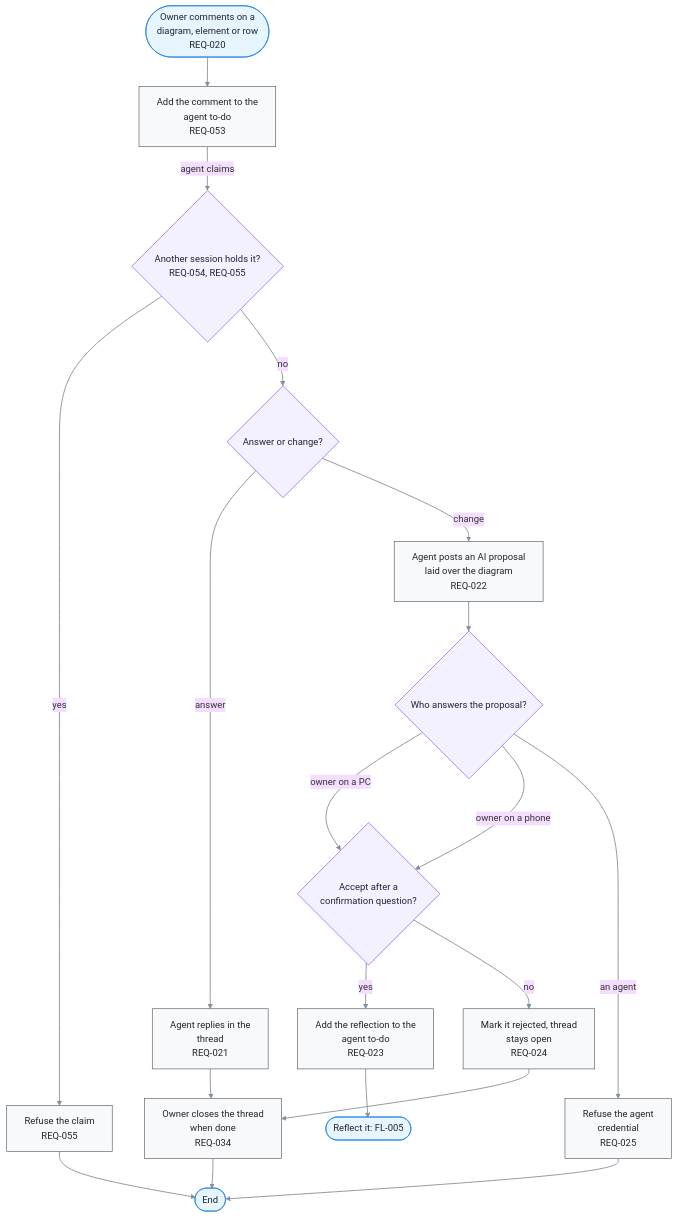
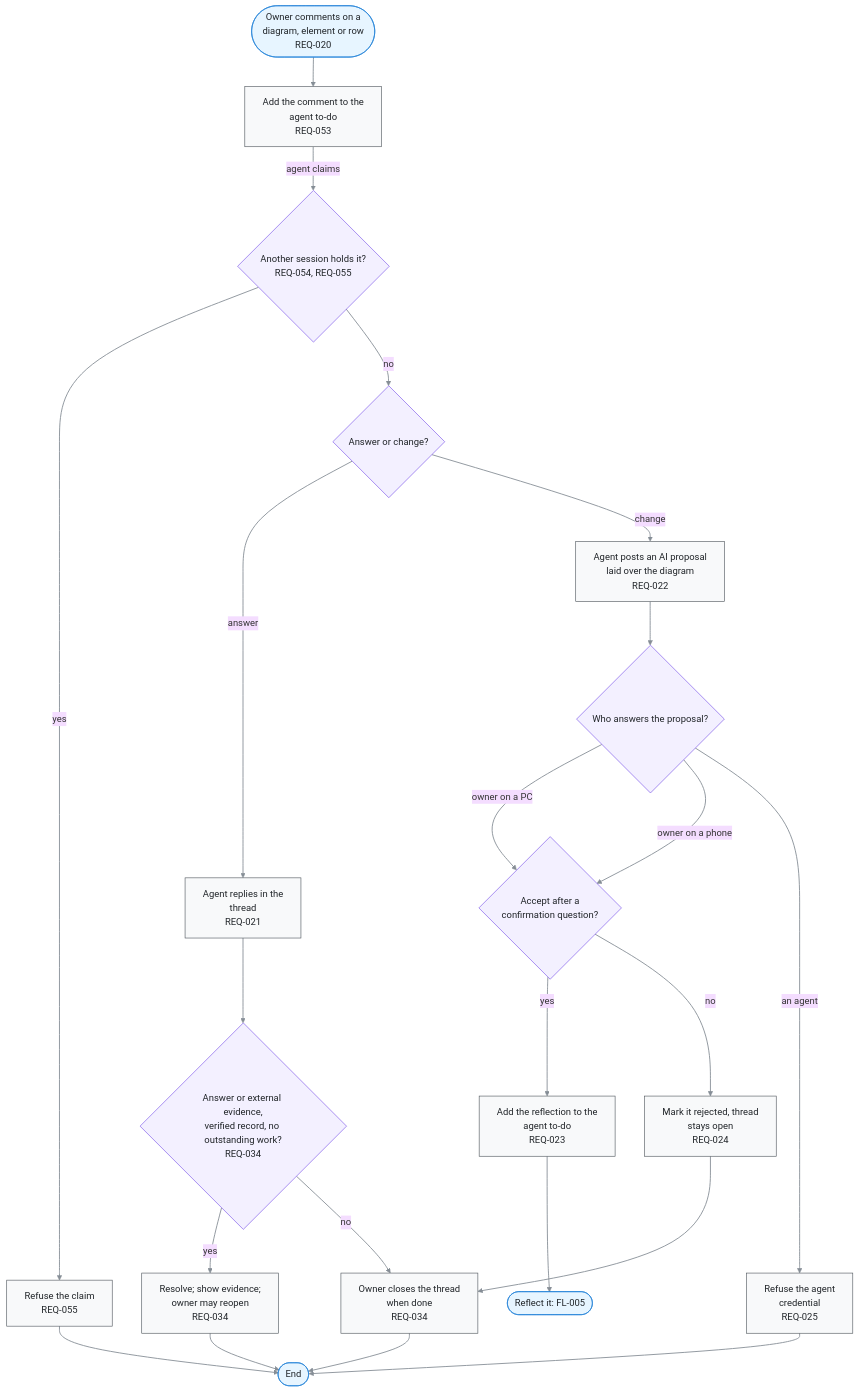
Before and after one commit to kodonghui/corthex-nexus: the diagram in docs/03-user-flow/FL-003-comment-and-answer-an-ai-proposal.md, drawn with Mermaid (base theme). The commit also changed other lines of this file and 52 other files, not shown here.

First line of the commit message:
Resolve conversations with external owner answers (#177)

````diff
--- a/docs/03-user-flow/FL-003-comment-and-answer-an-ai-proposal.md
+++ b/docs/03-user-flow/FL-003-comment-and-answer-an-ai-proposal.md
@@ -9,46 +9,52 @@
 ```mermaid
 flowchart TD
   A(["Owner comments on a<br/>diagram, element or row<br/>REQ-020"])
   B["Add the comment to the<br/>agent to-do<br/>REQ-053"]
   C{"Another session holds it?<br/>REQ-054, REQ-055"}
   D{"Answer or change?"}
   E["Agent replies in the<br/>thread<br/>REQ-021"]
   F["Agent posts an AI proposal<br/>laid over the diagram<br/>REQ-022"]
   G{"Who answers the proposal?"}
   H{"Accept after a<br/>confirmation question?"}
   I["Add the reflection to the<br/>agent to-do<br/>REQ-023"]
   J["Mark it rejected, thread<br/>stays open<br/>REQ-024"]
   K["Owner closes the thread<br/>when done<br/>REQ-034"]
+  P{"Answer or external evidence,<br/>verified record, no outstanding work?<br/>REQ-034"}
+  Q["Resolve; show evidence;<br/>owner may reopen<br/>REQ-034"]
   R1["Refuse the claim<br/>REQ-055"]
   R3["Refuse the agent<br/>credential<br/>REQ-025"]
   Z(["End"])
   Y(["Reflect it: FL-005"])
   A e1@--> B
   B e2@-->|agent claims| C
   C e3@-->|yes| R1
   C e4@-->|no| D
   D e5@-->|answer| E
   D e6@-->|change| F
-  E e7@--> K
+  E e7@--> P
+  P e30@-->|yes| Q
+  P e31@-->|no| K
+  Q e32@--> Z
   F e8@--> G
   G e9@-->|owner on a PC| H
   G e10@-->|owner on a phone| H
   G e11@-->|an agent| R3
   H e12@-->|yes| I
   H e13@-->|no| J
   I e14@--> Y
   J e15@--> K
   K e16@--> Z
   R1 e17@--> Z
   R3 e19@--> Z
   %% legend: below
   classDef term fill:#e7f5ff,stroke:#1c7ed6,color:#212529
   classDef proc fill:#f8f9fa,stroke:#495057,color:#212529
   classDef decide fill:#f3f0ff,stroke:#7048e8,color:#212529
   classDef gap fill:#f1f3f5,stroke:#adb5bd,stroke-dasharray:2 3,color:#495057
   classDef pass stroke:#868e96,stroke-width:1.5px
   class A,Z,Y term
   class B,E,F,I,J,K,R1,R3 proc
-  class C,D,G,H decide
-  class e1,e2,e3,e4,e5,e6,e7,e8,e9,e10,e11,e12,e13,e14,e15,e16,e17,e19 pass
+  class Q proc
+  class C,D,G,H,P decide
+  class e1,e2,e3,e4,e5,e6,e7,e8,e9,e10,e11,e12,e13,e14,e15,e16,e17,e19,e30,e31,e32 pass
 ```
````
